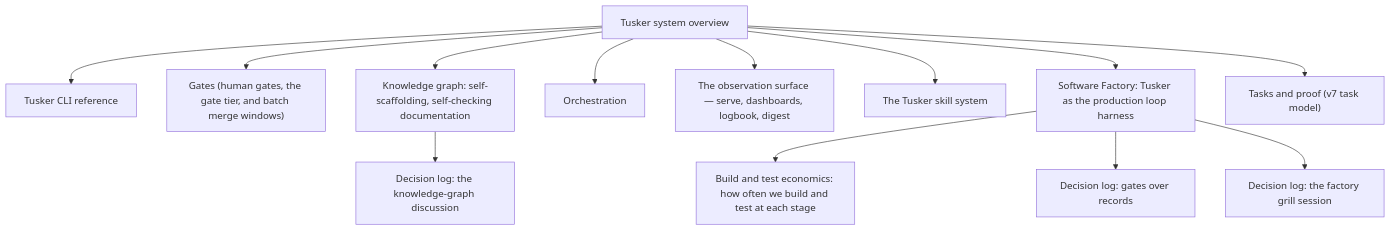
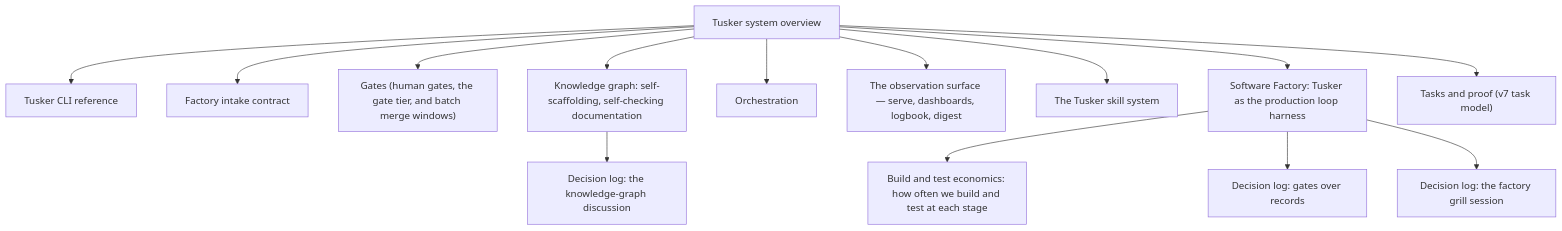
One commit to srv1n/tusker changed the second of 2 diagrams in docs/system/00-overview.md. Above: the diagram before and after it, drawn with Mermaid. The commit also changed 12 other files, not shown here.

````diff
--- a/docs/system/00-overview.md
+++ b/docs/system/00-overview.md
@@ -97,28 +97,30 @@
 ```mermaid
 graph TD
   n_build_and_test_economics["Build and test economics: how often we build and test at each stage"]
   n_cli["Tusker CLI reference"]
+  n_factory_intake["Factory intake contract"]
   n_gates["Gates (human gates, the gate tier, and batch merge windows)"]
   n_gates_over_records["Decision log: gates over records"]
   n_knowledge_graph["Knowledge graph: self-scaffolding, self-checking documentation"]
   n_knowledge_graph_grill["Decision log: the knowledge-graph discussion"]
   n_orchestration["Orchestration"]
   n_overview["Tusker system overview"]
   n_serve_ui["The observation surface — serve, dashboards, logbook, digest"]
   n_skills["The Tusker skill system"]
   n_software_factory["Software Factory: Tusker as the production loop harness"]
   n_software_factory_grill["Decision log: the factory grill session"]
   n_tasks_and_proof["Tasks and proof (v7 task model)"]
   n_software_factory --> n_build_and_test_economics
   n_overview --> n_cli
+  n_overview --> n_factory_intake
   n_overview --> n_gates
   n_software_factory --> n_gates_over_records
   n_overview --> n_knowledge_graph
   n_knowledge_graph --> n_knowledge_graph_grill
   n_overview --> n_orchestration
   n_overview --> n_serve_ui
   n_overview --> n_skills
   n_overview --> n_software_factory
   n_software_factory --> n_software_factory_grill
   n_overview --> n_tasks_and_proof
 ```
````
